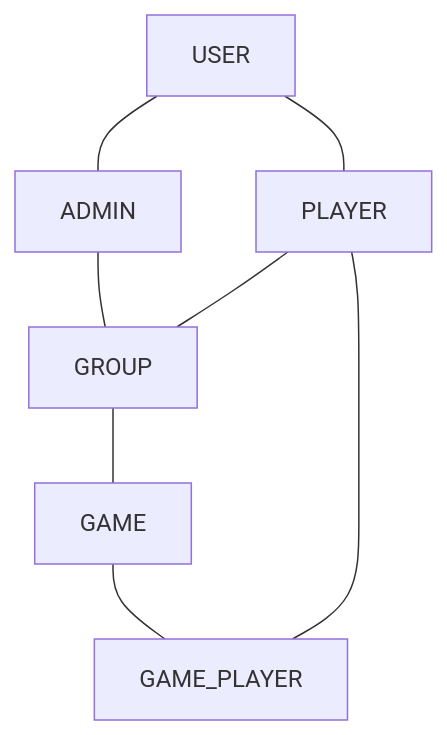
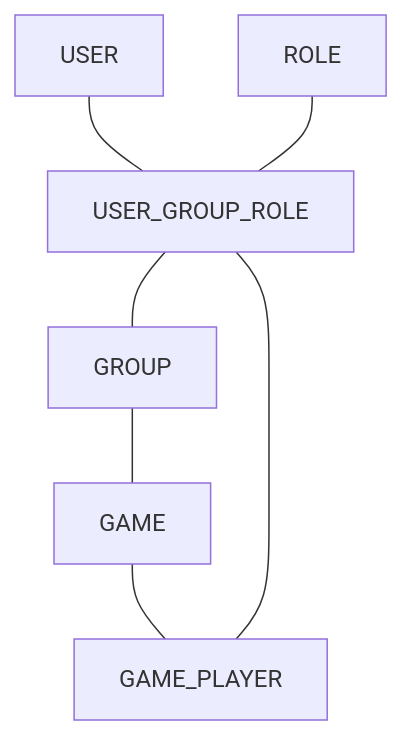
The first of 2 diagrams in README.md (MichaelM9/5-A-Side-Organiser), drawn with Mermaid before and after one commit. The commit also changed other lines of this file, not shown here.

Commit message:
Update ERD

````diff
--- a/README.md
+++ b/README.md
@@ -37,10 +37,9 @@
 ```mermaid
 flowchart
-USER --- ADMIN
-USER --- PLAYER
-ADMIN --- GROUP
-PLAYER --- GROUP
+USER --- USER_GROUP_ROLE
+ROLE --- USER_GROUP_ROLE
+USER_GROUP_ROLE --- GROUP
 GROUP --- GAME
 GAME --- GAME_PLAYER
-PLAYER --- GAME_PLAYER
+USER_GROUP_ROLE --- GAME_PLAYER
 ```
````
